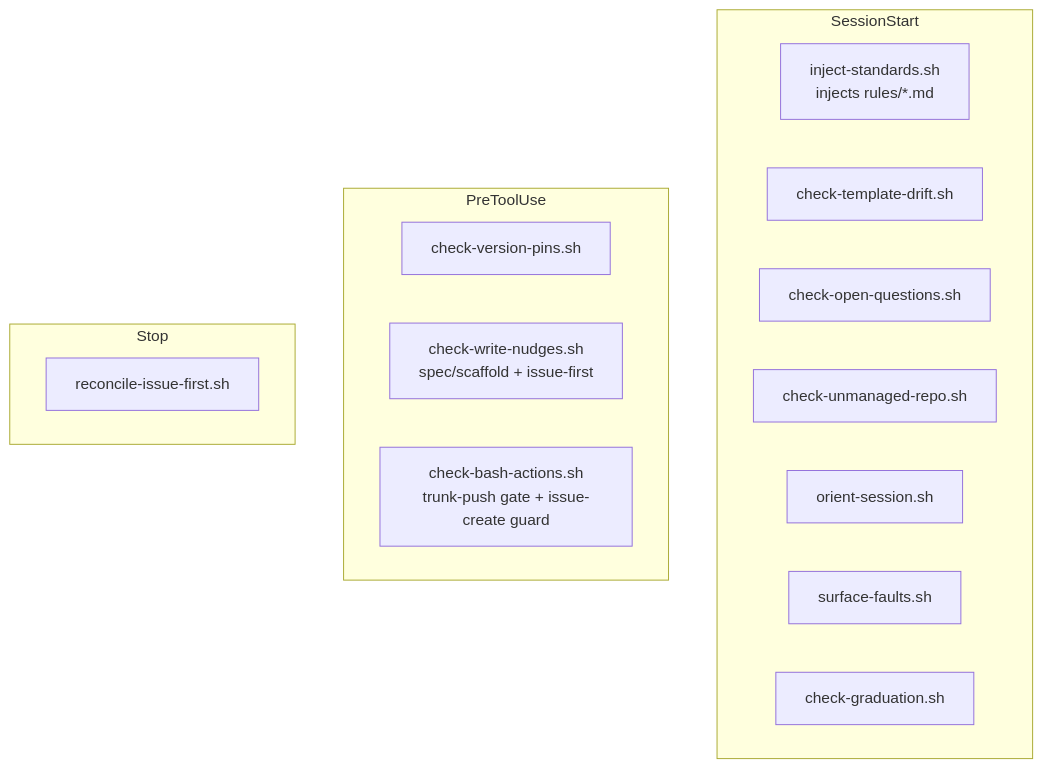
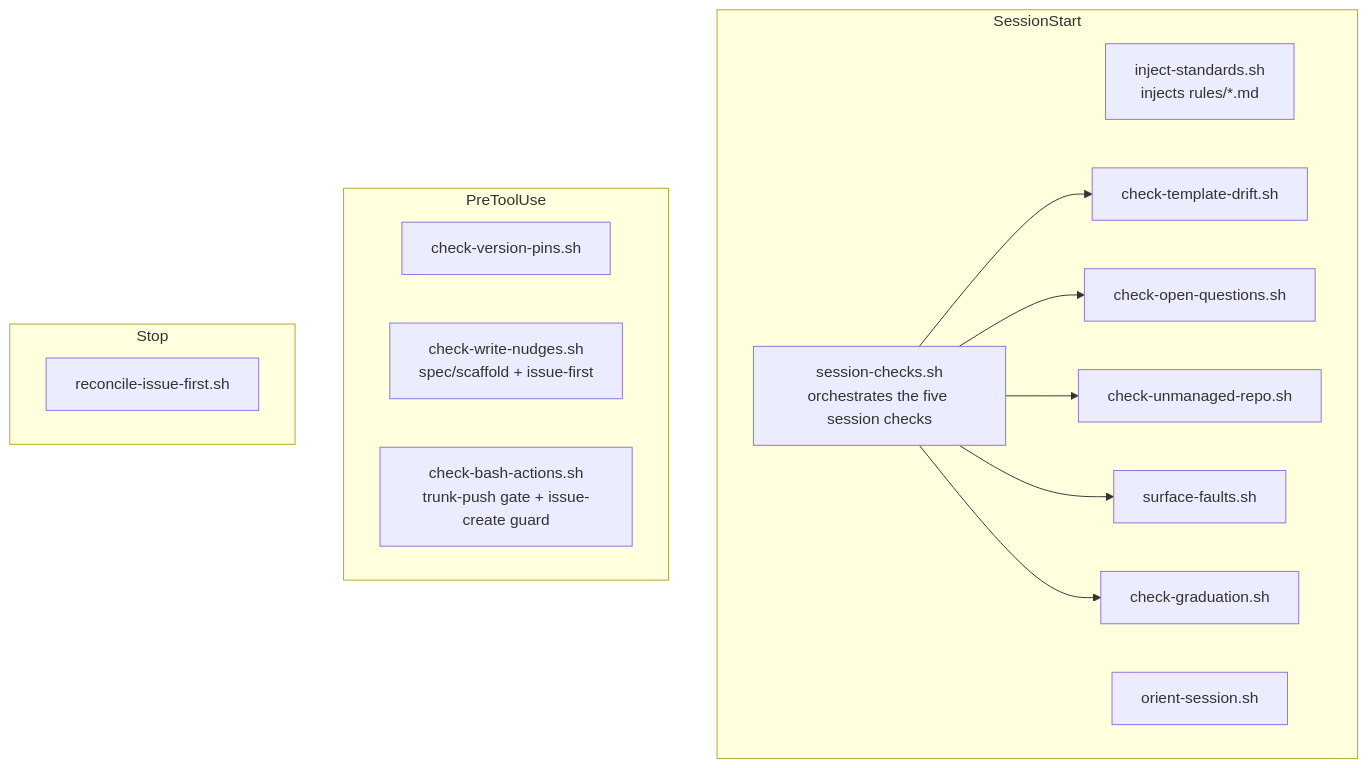
The diagram in docs/reference/hooks.md (element22llc/e22-plugins), drawn with Mermaid before and after one commit. The commit also changed other lines of this file and 2 other files, not shown here.

````diff
--- a/docs/reference/hooks.md
+++ b/docs/reference/hooks.md
@@ -24,20 +25,21 @@
 ```mermaid
 flowchart TD
     subgraph SessionStart
       inject[inject-standards.sh<br/>injects rules/*.md]
-      drift[check-template-drift.sh]
-      oq[check-open-questions.sh]
-      unmanaged[check-unmanaged-repo.sh]
+      checks[session-checks.sh<br/>orchestrates the five session checks]
       orient[orient-session.sh]
-      faults[surface-faults.sh]
-      grad[check-graduation.sh]
+      checks --> drift[check-template-drift.sh]
+      checks --> oq[check-open-questions.sh]
+      checks --> unmanaged[check-unmanaged-repo.sh]
+      checks --> faults[surface-faults.sh]
+      checks --> grad[check-graduation.sh]
     end
     subgraph PreToolUse
       pins[check-version-pins.sh]
       wn[check-write-nudges.sh<br/>spec/scaffold + issue-first]
       ba[check-bash-actions.sh<br/>trunk-push gate + issue-create guard]
     end
     subgraph Stop
       reconcile[reconcile-issue-first.sh]
     end
 ```
````
